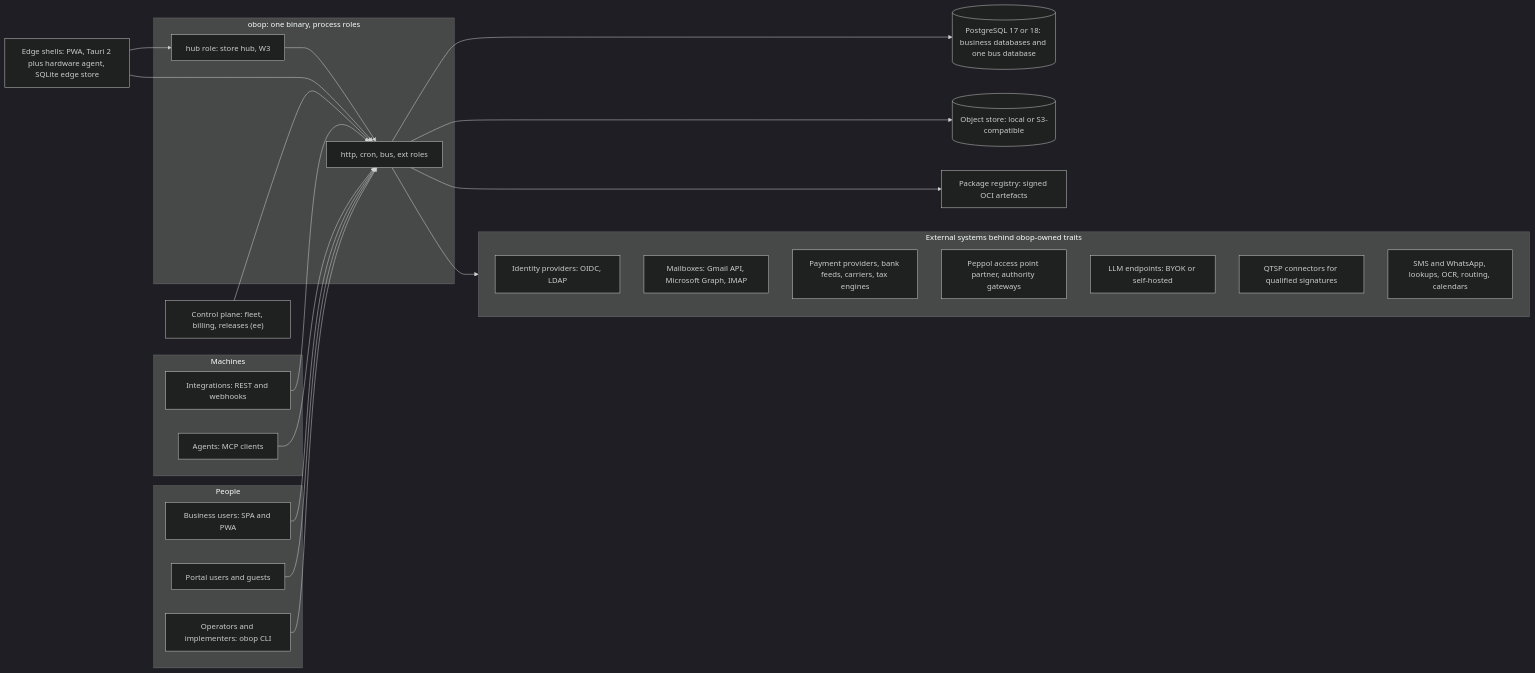
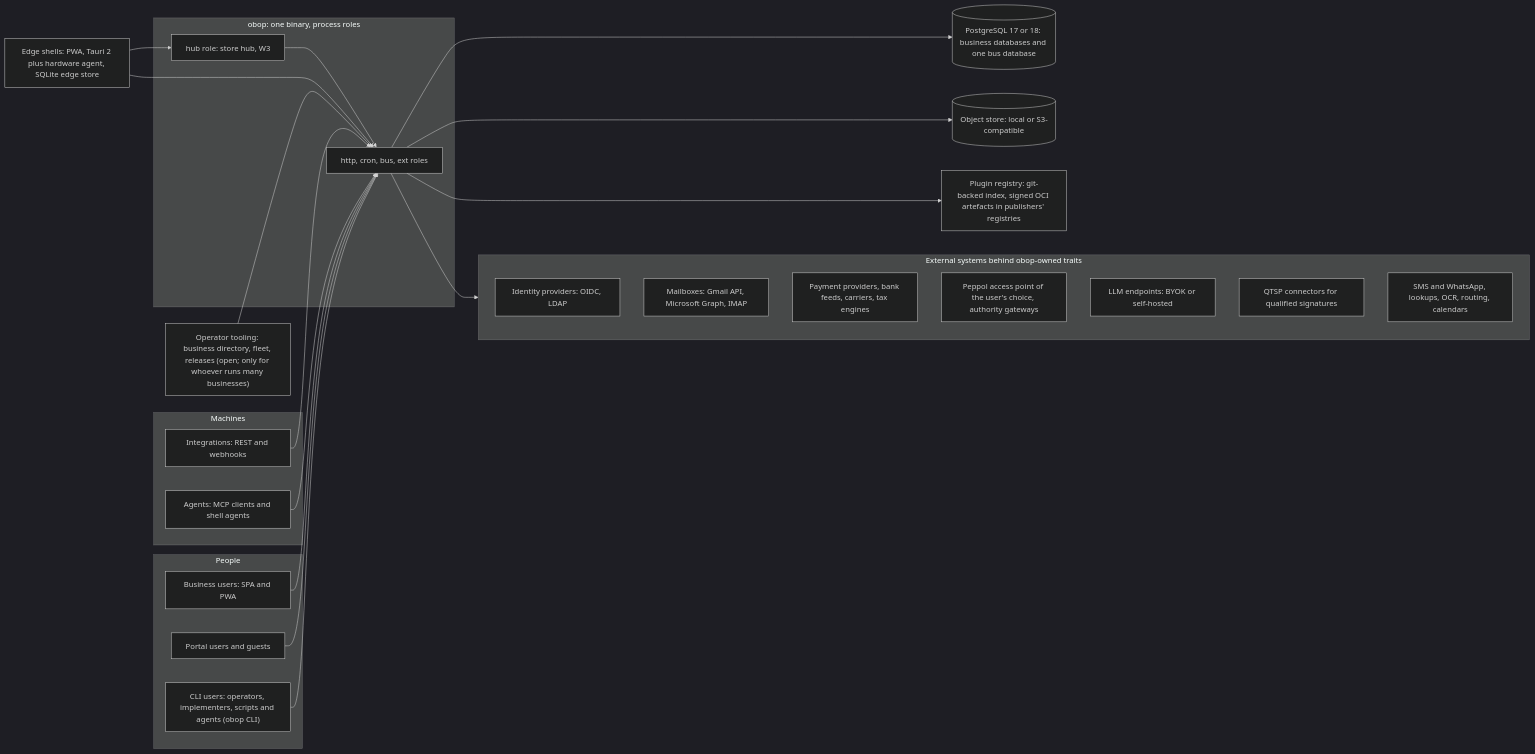
The first of 5 diagrams in docs/ARCHITECTURE.md (SpaceCorps/obop), drawn with Mermaid (dark theme) before and after one commit. The commit also changed other lines of this file and 8 other files, not shown here.

````diff
--- a/docs/ARCHITECTURE.md
+++ b/docs/ARCHITECTURE.md
@@ -92,43 +104,43 @@
 ```mermaid
 flowchart LR
   subgraph people["People"]
     U["Business users: SPA and PWA"]
     PO["Portal users and guests"]
-    OP["Operators and implementers: obop CLI"]
+    OP["CLI users: operators, implementers, scripts and agents (obop CLI)"]
   end
   subgraph machines["Machines"]
     INT["Integrations: REST and webhooks"]
-    AG["Agents: MCP clients"]
+    AG["Agents: MCP clients and shell agents"]
   end
   subgraph obop["obop: one binary, process roles"]
     CORE["http, cron, bus, ext roles"]
     HUB["hub role: store hub, W3"]
   end
   PG[("PostgreSQL 17 or 18: business databases and one bus database")]
   OBJ[("Object store: local or S3-compatible")]
   EDGE["Edge shells: PWA, Tauri 2 plus hardware agent, SQLite edge store"]
   subgraph extsys["External systems behind obop-owned traits"]
     IDP["Identity providers: OIDC, LDAP"]
     MAIL["Mailboxes: Gmail API, Microsoft Graph, IMAP"]
     PAY["Payment providers, bank feeds, carriers, tax engines"]
-    EINV["Peppol access point partner, authority gateways"]
+    EINV["Peppol access point of the user's choice, authority gateways"]
     LLM["LLM endpoints: BYOK or self-hosted"]
     QTSP["QTSP connectors for qualified signatures"]
     SVC["SMS and WhatsApp, lookups, OCR, routing, calendars"]
   end
-  CP["Control plane: fleet, billing, releases (ee)"]
-  PKG["Package registry: signed OCI artefacts"]
+  CP["Operator tooling: business directory, fleet, releases (open; only for whoever runs many businesses)"]
+  PKG["Plugin registry: git-backed index, signed OCI artefacts in publishers' registries"]
   U --> CORE
   PO --> CORE
   INT --> CORE
   AG --> CORE
   OP --> CORE
   CORE --> PG
   CORE --> OBJ
   EDGE --> HUB
   EDGE --> CORE
   HUB --> CORE
   CORE --> extsys
   CP --> CORE
   CORE --> PKG
 ```
````
